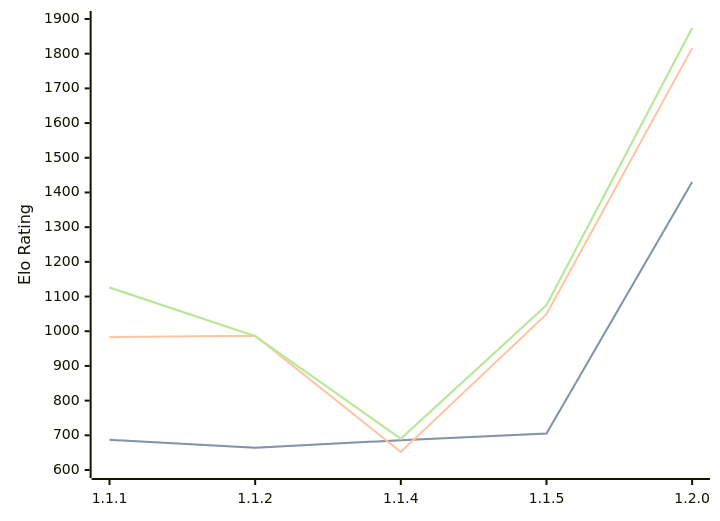
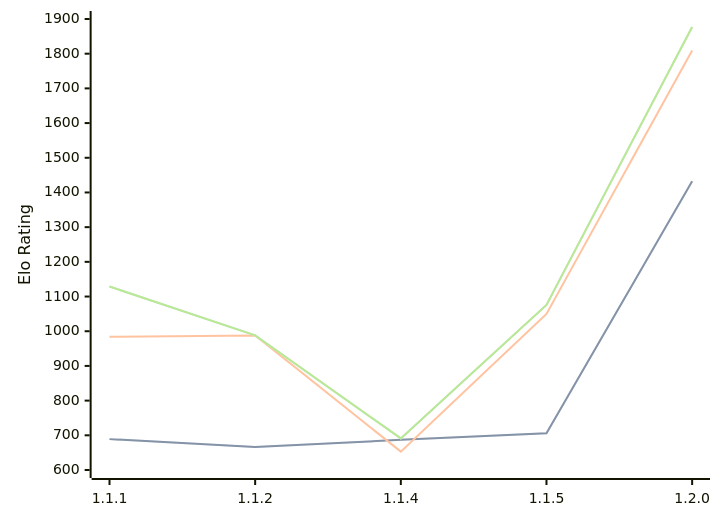
One commit to computer-chess-index/cci changed the diagram in engines/ChessCore.md. Above: the diagram before and after it, drawn with Mermaid. The commit also changed other lines of this file, not shown here.

Commit message:
Update CCI Ratings (ELO VLTC) - 2026-08-22

````diff
--- a/engines/ChessCore.md
+++ b/engines/ChessCore.md
@@ -36,11 +36,11 @@
 ```mermaid
 %%{init: {"theme":"base","themeVariables":{"seriesColors:['#a3a3a3','#222221','#faa371']}}}%%
 xychart-beta
   x-axis ["1.1.1", "1.1.2", "1.1.4", "1.1.5", "1.2.0"]
   y-axis "Elo Rating" 600 --> 1900
-  line "STC (8.0+0.08s)" [687, 664, 686, 705, 1430]
-  line "STC (8.0+0.08s)" [687, 664, 686, 705, 1430]
-  line "LTC (60.0+0.60s)" [983, 987, 652, 1049, 1816]
-  line "VLTC (2m24s+1.12s)" [1126, 986, 690, 1075, 1874]
-  line "VLTC (2m24s+1.12s)" [1126, 986, 690, 1075, 1874]
+  line "STC (8.0+0.08s)" [689, 666, 687, 706, 1432]
+  line "STC (8.0+0.08s)" [689, 666, 687, 706, 1432]
+  line "LTC (60.0+0.60s)" [984, 988, 653, 1050, 1809]
+  line "VLTC (2m24s+1.12s)" [1129, 988, 691, 1076, 1877]
+  line "VLTC (2m24s+1.12s)" [1129, 988, 691, 1076, 1877]
 ```
````
